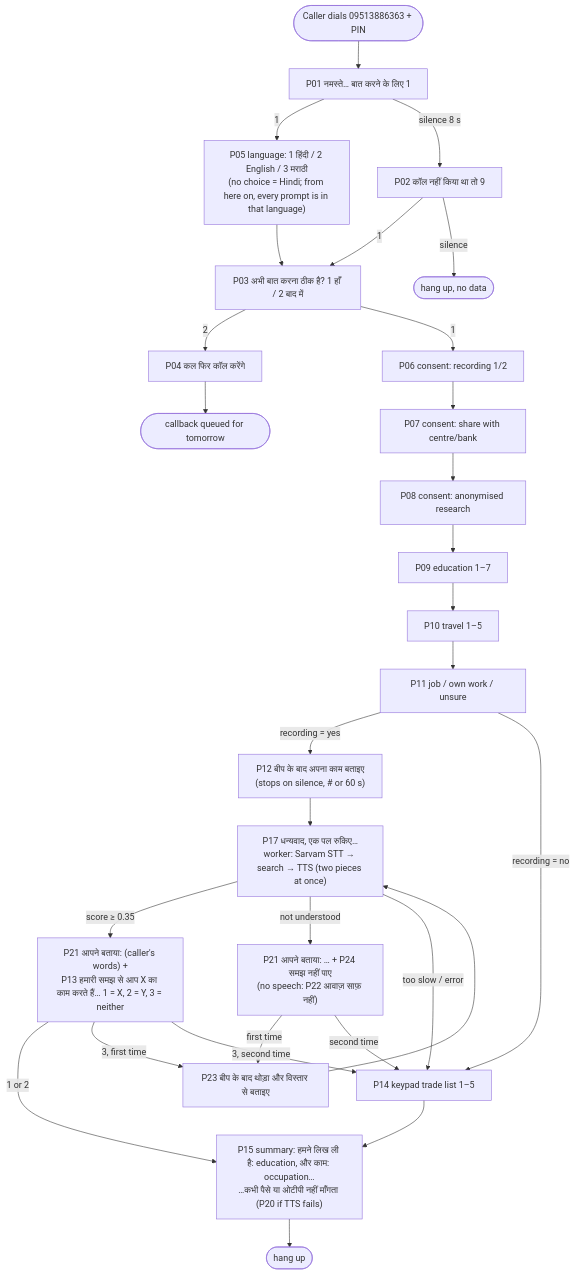
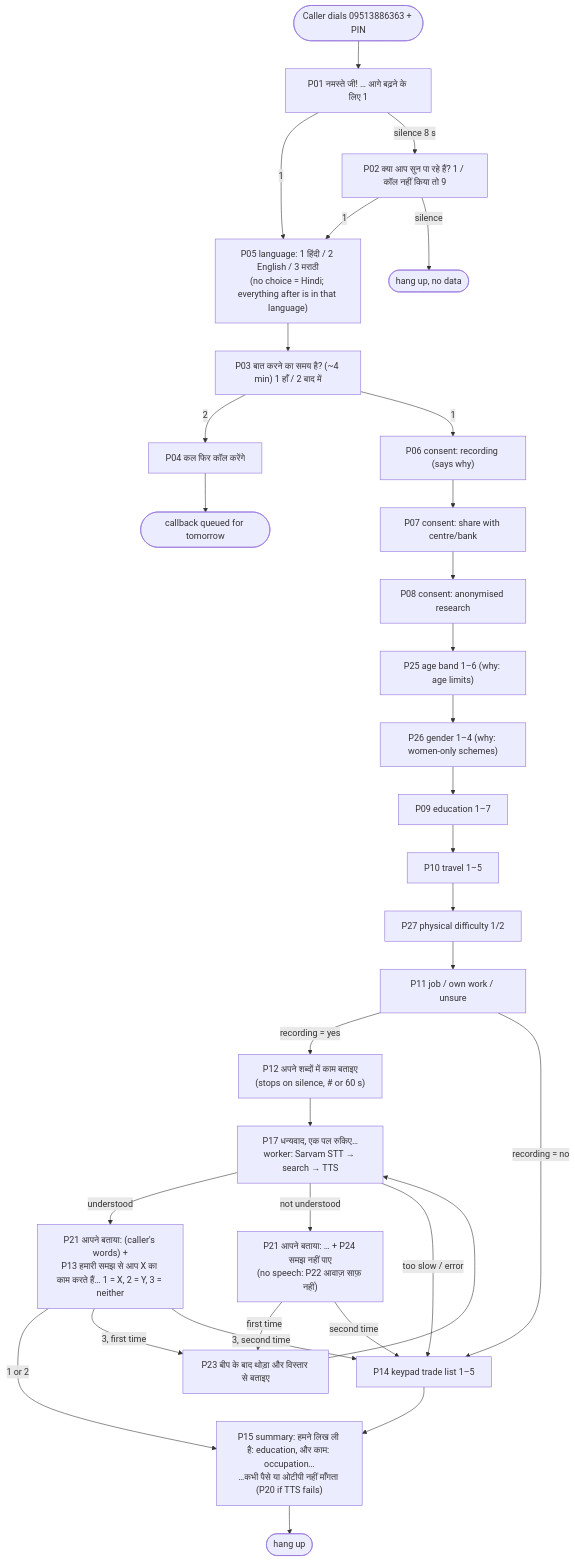
One commit to sakshamagrawalcode-cpu/hunarvaani changed the second of 2 diagrams in docs/HANDOFF.md. Above: the diagram before and after it, drawn with Mermaid. The commit also changed other lines of this file and 2 other files, not shown here.

First line of the commit message:
Docs: full plan with timeline (Phase A to finish the prototype, Phase B by priority)

````diff
--- a/docs/HANDOFF.md
+++ b/docs/HANDOFF.md
@@ -94,25 +108,26 @@
 ```mermaid
 flowchart TD
-    A([Caller dials 09513886363 + PIN]) --> P01["P01 नमस्ते… बात करने के लिए 1"]
-    P01 -- 1 --> P05["P05 language: 1 हिंदी / 2 English / 3 मराठी<br/>(no choice = Hindi; from here on, every prompt is in that language)"]
-    P05 --> P03["P03 अभी बात करना ठीक है? 1 हाँ / 2 बाद में"]
-    P01 -- "silence 8 s" --> P02["P02 कॉल नहीं किया था तो 9"]
-    P02 -- 1 --> P03
+    A([Caller dials 09513886363 + PIN]) --> P01["P01 नमस्ते जी! … आगे बढ़ने के लिए 1"]
+    P01 -- 1 --> P05["P05 language: 1 हिंदी / 2 English / 3 मराठी<br/>(no choice = Hindi; everything after is in that language)"]
+    P01 -- "silence 8 s" --> P02["P02 क्या आप सुन पा रहे हैं? 1 / कॉल नहीं किया तो 9"]
+    P02 -- 1 --> P05
     P02 -- "silence" --> END0([hang up, no data])
+    P05 --> P03["P03 बात करने का समय है? (~4 min) 1 हाँ / 2 बाद में"]
     P03 -- 2 --> P04["P04 कल फिर कॉल करेंगे"] --> CB([callback queued for tomorrow])
-    P03 -- 1 --> P06["P06 consent: recording 1/2"] --> P07["P07 consent: share with centre/bank"] --> P08["P08 consent: anonymised research"]
-    P08 --> P09["P09 education 1–7"] --> P10["P10 travel 1–5"] --> P11["P11 job / own work / unsure"]
-    P11 -- "recording = yes" --> P12["P12 बीप के बाद अपना काम बताइए<br/>(stops on silence, # or 60 s)"]
+    P03 -- 1 --> P06["P06 consent: recording (says why)"] --> P07["P07 consent: share with centre/bank"] --> P08["P08 consent: anonymised research"]
+    P08 --> P25["P25 age band 1–6 (why: age limits)"] --> P26["P26 gender 1–4 (why: women-only schemes)"]
+    P26 --> P09["P09 education 1–7"] --> P10["P10 travel 1–5"] --> P27["P27 physical difficulty 1/2"] --> P11["P11 job / own work / unsure"]
+    P11 -- "recording = yes" --> P12["P12 अपने शब्दों में काम बताइए<br/>(stops on silence, # or 60 s)"]
     P11 -- "recording = no" --> P14
-    P12 --> P17["P17 धन्यवाद, एक पल रुकिए…<br/>worker: Sarvam STT → search → TTS (two pieces at once)"]
-    P17 -- "score ≥ 0.35" --> P13["P21 आपने बताया: (caller's words) +<br/>P13 हमारी समझ से आप X का काम करते हैं… 1 = X, 2 = Y, 3 = neither"]
+    P12 --> P17["P17 धन्यवाद, एक पल रुकिए…<br/>worker: Sarvam STT → search → TTS"]
+    P17 -- "understood" --> P13["P21 आपने बताया: (caller's words) +<br/>P13 हमारी समझ से आप X का काम करते हैं… 1 = X, 2 = Y, 3 = neither"]
     P17 -- "not understood" --> RETRY["P21 आपने बताया: … + P24 समझ नहीं पाए<br/>(no speech: P22 आवाज़ साफ़ नहीं)"]
     RETRY -- "first time" --> P23["P23 बीप के बाद थोड़ा और विस्तार से बताइए"] --> P17
     RETRY -- "second time" --> P14
     P17 -- "too slow / error" --> P14["P14 keypad trade list 1–5"]
     P13 -- "1 or 2" --> P15
     P13 -- "3, first time" --> P23
     P13 -- "3, second time" --> P14
     P14 --> P15["P15 summary: हमने लिख ली है: education, और काम: occupation…<br/>…कभी पैसे या ओटीपी नहीं माँगता (P20 if TTS fails)"]
     P15 --> END([hang up])
 ```
````
